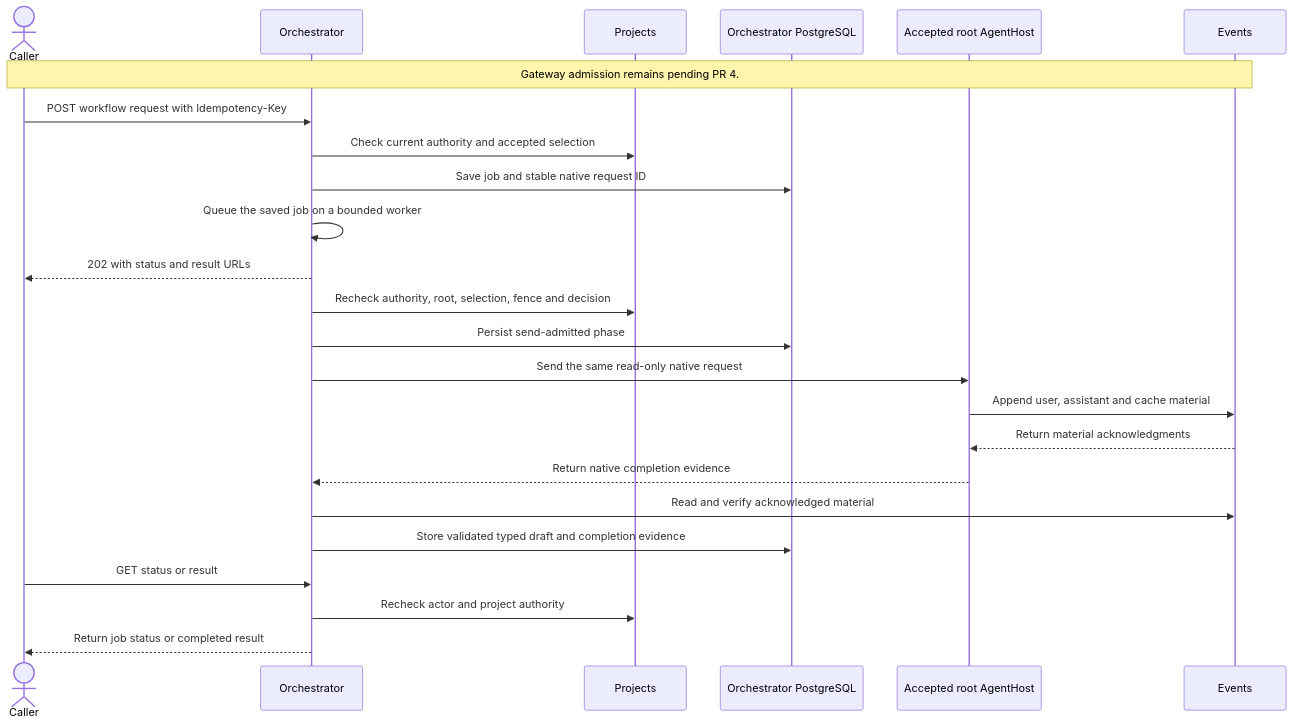
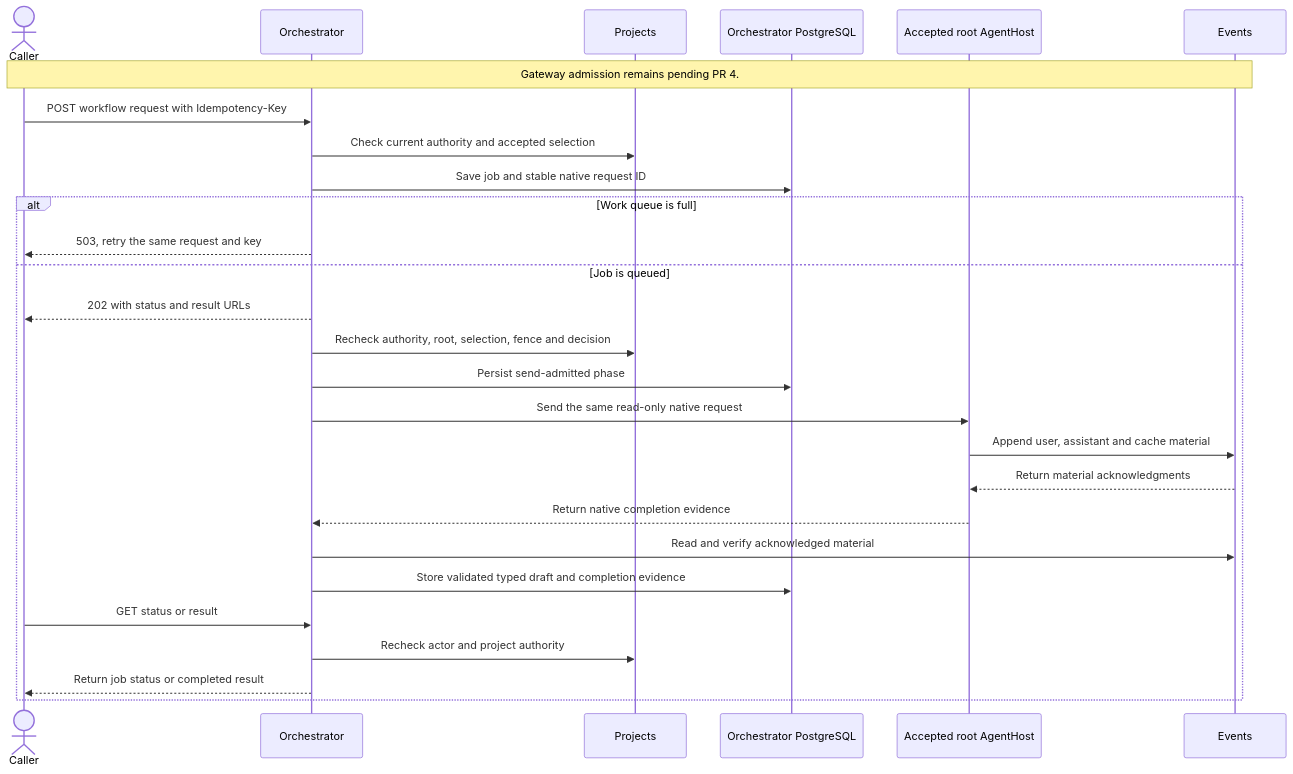
One commit to sabbour/agentweaver changed the third of 3 diagrams in docs/deep-dive/orchestration.md. Above: the diagram before and after it, drawn with Mermaid. The commit also changed other lines of this file and 7 other files, not shown here.

````diff
--- a/docs/deep-dive/orchestration.md
+++ b/docs/deep-dive/orchestration.md
@@ -285,26 +300,29 @@
 ```mermaid
 sequenceDiagram
     actor Caller
     participant Core as Orchestrator
     participant Projects
     participant DB as Orchestrator PostgreSQL
     participant Host as Accepted root AgentHost
     participant Events
     Note over Caller,Events: Gateway admission remains pending PR 4.
     Caller->>Core: POST workflow request with Idempotency-Key
     Core->>Projects: Check current authority and accepted selection
     Core->>DB: Save job and stable native request ID
-    Core->>Core: Queue the saved job on a bounded worker
-    Core-->>Caller: 202 with status and result URLs
-    Core->>Projects: Recheck authority, root, selection, fence and decision
-    Core->>DB: Persist send-admitted phase
-    Core->>Host: Send the same read-only native request
-    Host->>Events: Append user, assistant and cache material
-    Events-->>Host: Return material acknowledgments
-    Host-->>Core: Return native completion evidence
-    Core->>Events: Read and verify acknowledged material
-    Core->>DB: Store validated typed draft and completion evidence
-    Caller->>Core: GET status or result
-    Core->>Projects: Recheck actor and project authority
-    Core-->>Caller: Return job status or completed result
+    alt Work queue is full
+        Core-->>Caller: 503, retry the same request and key
+    else Job is queued
+        Core-->>Caller: 202 with status and result URLs
+        Core->>Projects: Recheck authority, root, selection, fence and decision
+        Core->>DB: Persist send-admitted phase
+        Core->>Host: Send the same read-only native request
+        Host->>Events: Append user, assistant and cache material
+        Events-->>Host: Return material acknowledgments
+        Host-->>Core: Return native completion evidence
+        Core->>Events: Read and verify acknowledged material
+        Core->>DB: Store validated typed draft and completion evidence
+        Caller->>Core: GET status or result
+        Core->>Projects: Recheck actor and project authority
+        Core-->>Caller: Return job status or completed result
+    end
 ```
````
